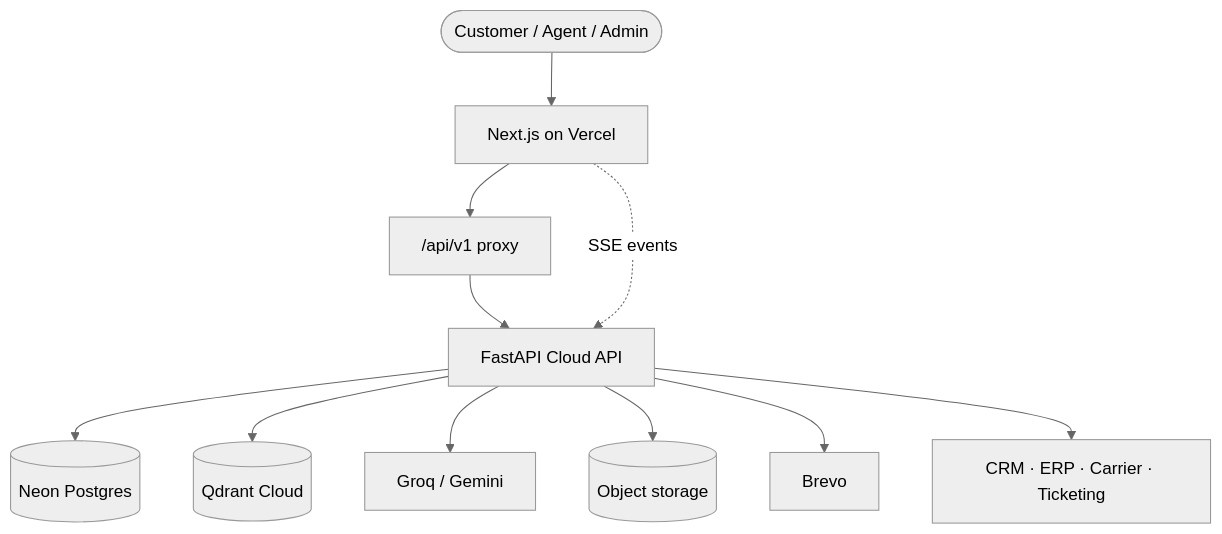
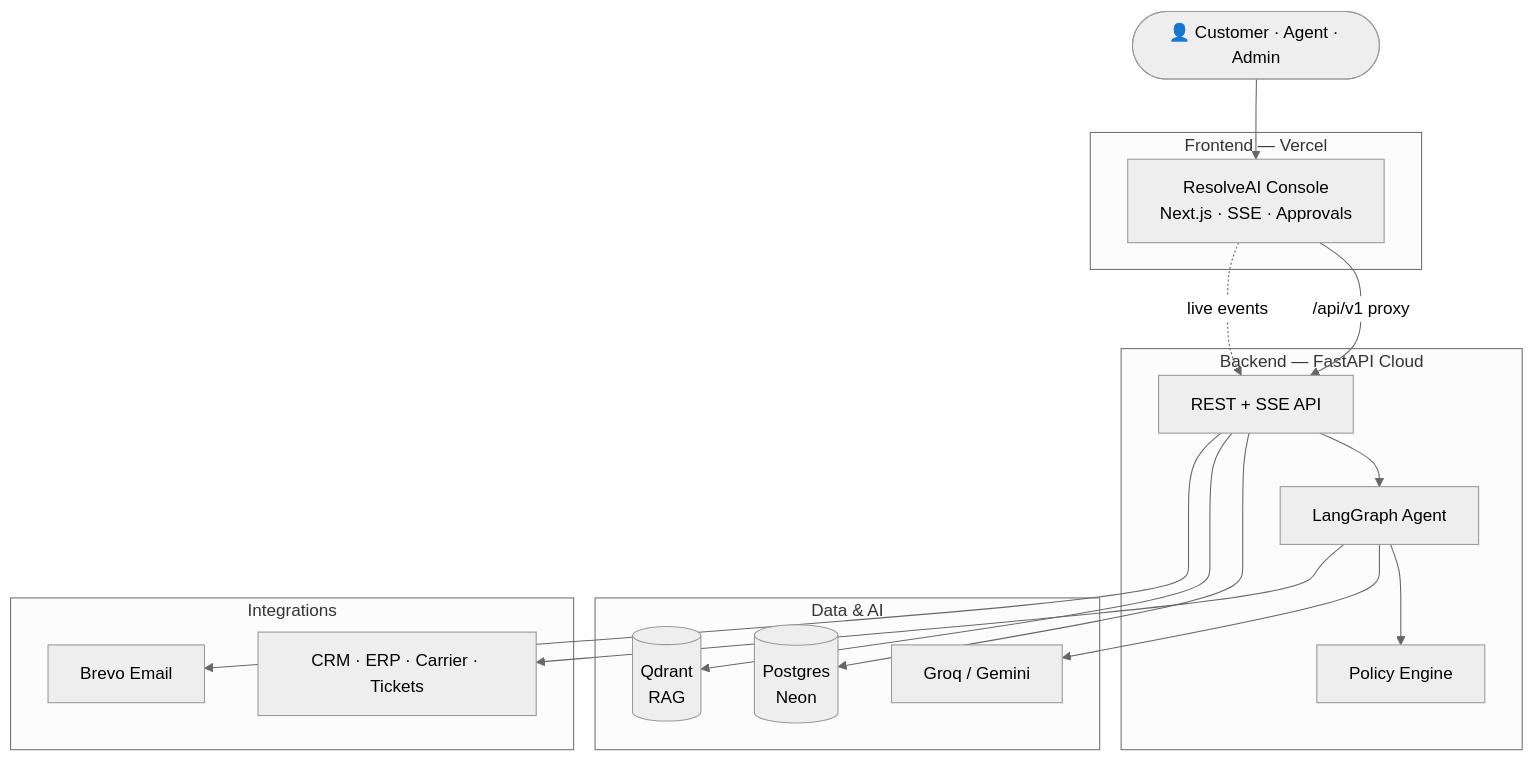
Before and after one commit to nikhilmaguwala/enterprise-ai-agent: the first of 9 diagrams in README.md, drawn with Mermaid (neutral theme). The commit also changed other lines of this file, not shown here.

````diff
--- a/README.md
+++ b/README.md
@@ -50,23 +83,36 @@
 ```mermaid
 flowchart TB
-  User([Customer / Agent / Admin])
-  Web[Next.js on Vercel]
-  Proxy["/api/v1 proxy"]
-  API[FastAPI Cloud API]
-  PG[(Neon Postgres)]
-  QD[(Qdrant Cloud)]
-  LLM[Groq / Gemini]
-  Store[(Object storage)]
-  Email[Brevo]
-  Mocks[CRM · ERP · Carrier · Ticketing]
+  Users(["👤 Customer · Agent · Admin"])
 
-  User --> Web
-  Web --> Proxy --> API
+  subgraph Frontend["Frontend — Vercel"]
+    UI["ResolveAI Console<br/>Next.js · SSE · Approvals"]
+  end
+
+  subgraph Backend["Backend — FastAPI Cloud"]
+    API["REST + SSE API"]
+    Agent["LangGraph Agent"]
+    Policy["Policy Engine"]
+  end
+
+  subgraph Data["Data & AI"]
+    PG[("Postgres<br/>Neon")]
+    QD[("Qdrant<br/>RAG")]
+    LLM["Groq / Gemini"]
+  end
+
+  subgraph External["Integrations"]
+    Tools["CRM · ERP · Carrier · Tickets"]
+    Mail["Brevo Email"]
+  end
+
+  Users --> UI
+  UI -->|" /api/v1 proxy "| API
+  API --> Agent
+  Agent --> Policy
+  Agent --> LLM
+  Agent --> Tools
   API --> PG
   API --> QD
-  API --> LLM
-  API --> Store
-  API --> Email
-  API --> Mocks
-  Web -. SSE events .-> API
+  API --> Mail
+  UI -.->|" live events "| API
 ```
````
